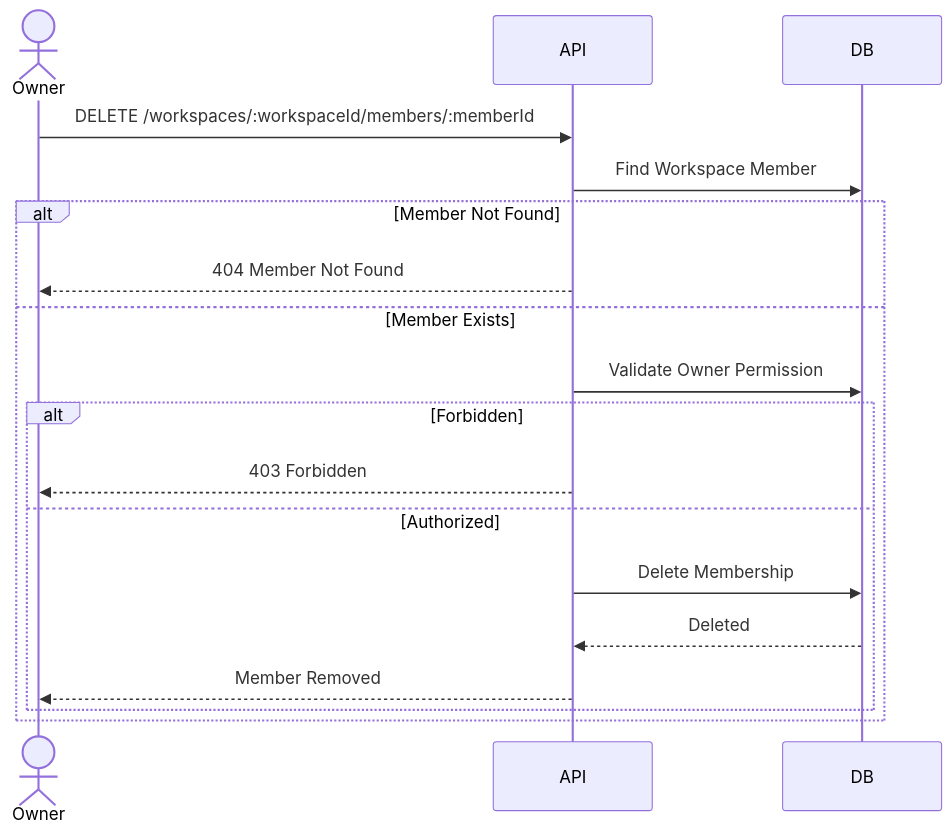
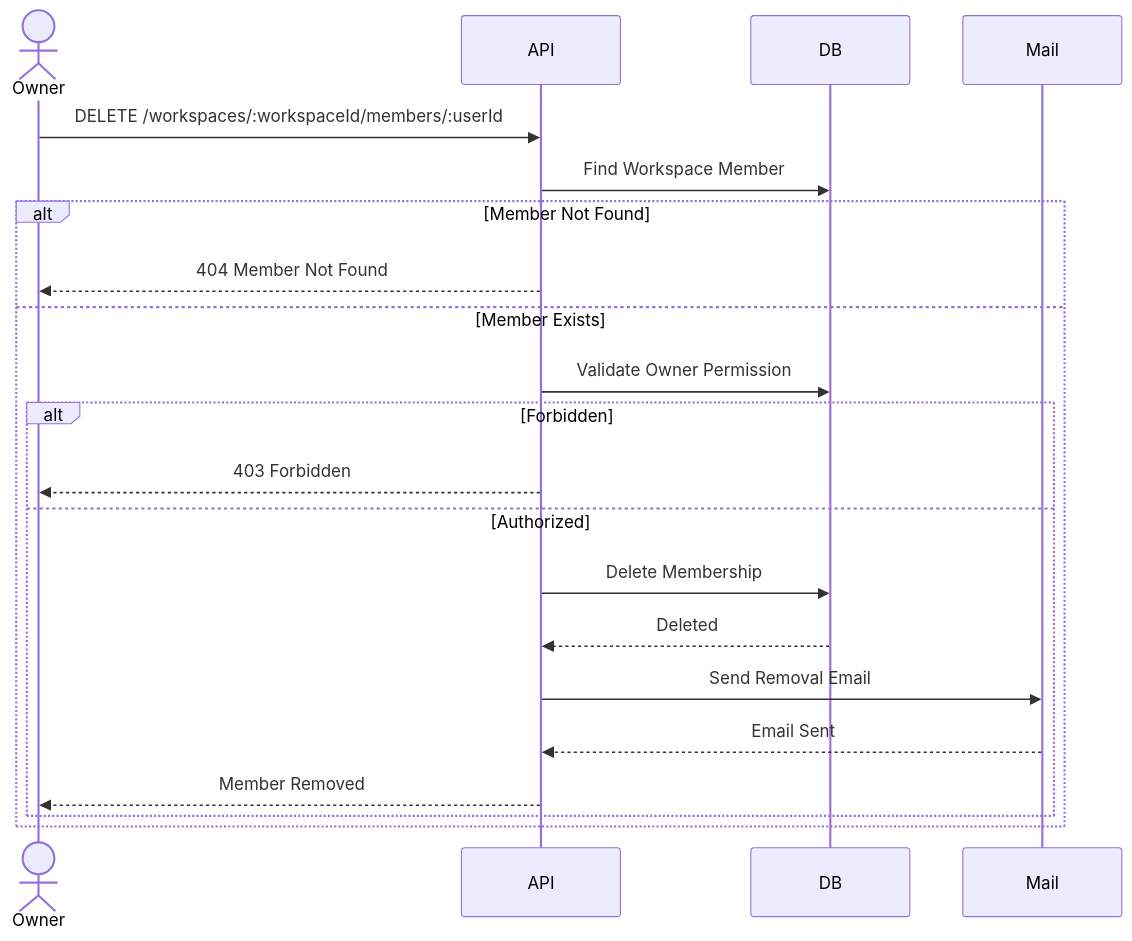
Before and after one commit to datnguyxn/LinkFlow: the sixth of 7 diagrams in docs/architecture/workspace-member/WorkspaceMember-Sequence.md, drawn with Mermaid. The commit also changed other lines of this file and 14 other files, not shown here.

Commit message:
docs(architecture): add workspace module documentation

````diff
--- a/docs/architecture/workspace-member/WorkspaceMember-Sequence.md
+++ b/docs/architecture/workspace-member/WorkspaceMember-Sequence.md
@@ -229,35 +295,40 @@
 ```mermaid
 sequenceDiagram
 
     actor Owner
     participant API
     participant DB
+    participant Mail
 
-    Owner->>API: DELETE /workspaces/:workspaceId/members/:memberId
+    Owner->>API: DELETE /workspaces/:workspaceId/members/:userId
 
     API->>DB: Find Workspace Member
 
     alt Member Not Found
 
         API-->>Owner: 404 Member Not Found
 
     else Member Exists
 
         API->>DB: Validate Owner Permission
 
         alt Forbidden
 
             API-->>Owner: 403 Forbidden
 
         else Authorized
 
             API->>DB: Delete Membership
 
             DB-->>API: Deleted
 
+            API->>Mail: Send Removal Email
+
+            Mail-->>API: Email Sent
+
             API-->>Owner: Member Removed
 
         end
 
     end
 ```
````
